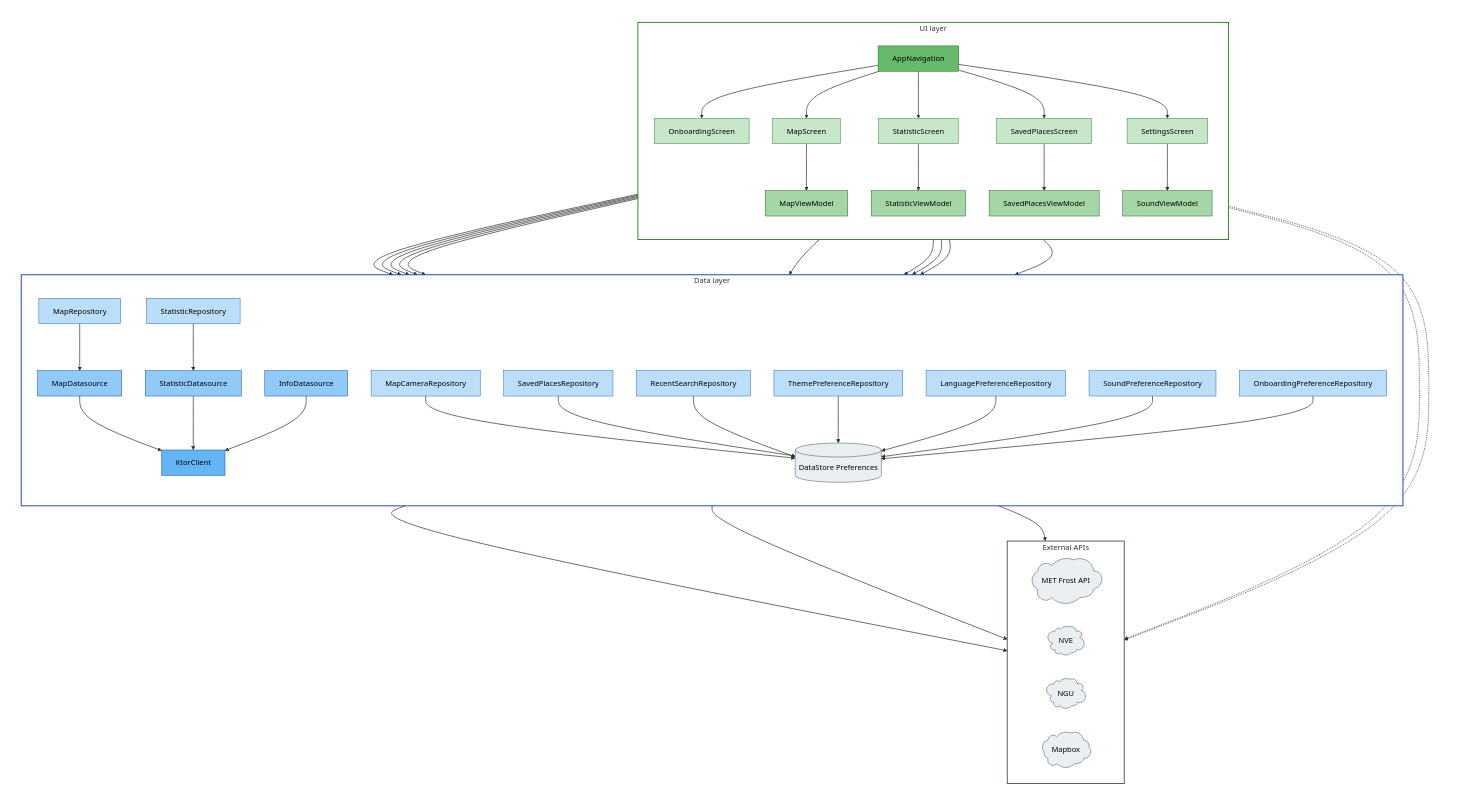
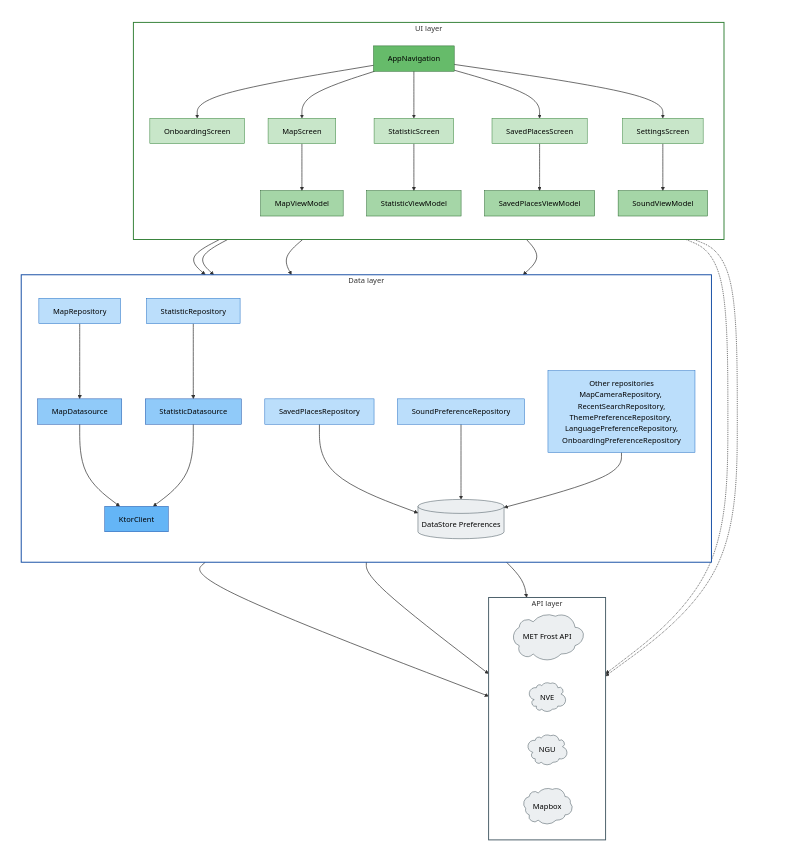
The diagram in ARCHITECTURE.md (Dannevanne/klima-app), drawn with Mermaid before and after one commit. The commit also changed other lines of this file, not shown here.

Commit message:
fix: simplify ARCHITECTURE.md mermaid to 3 swimlanes with primary-edge-only flow

````diff
--- a/ARCHITECTURE.md
+++ b/ARCHITECTURE.md
@@ -107,6 +107,5 @@
 ```mermaid
 flowchart TB
-    %% =========== OUTER WHITE CANVAS ===========
     subgraph CANVAS[" "]
         direction TB
 
@@ -144,40 +143,29 @@
             direction TB
 
             MapRepo["MapRepository"]:::repo
-            CamRepo["MapCameraRepository"]:::repo
             StatRepo["StatisticRepository"]:::repo
-            RecentRepo["RecentSearchRepository"]:::repo
             SavRepo["SavedPlacesRepository"]:::repo
-            ThemeRepo["ThemePreferenceRepository"]:::repo
-            LangRepo["LanguagePreferenceRepository"]:::repo
             SoundRepo["SoundPreferenceRepository"]:::repo
-            OnbRepo["OnboardingPreferenceRepository"]:::repo
+            OtherRepos["Other repositories<br/>MapCameraRepository, RecentSearchRepository,<br/>ThemePreferenceRepository, LanguagePreferenceRepository,<br/>OnboardingPreferenceRepository"]:::repo
 
             MapDS["MapDatasource"]:::ds
             StatDS["StatisticDatasource"]:::ds
-            InfoDS["InfoDatasource"]:::ds
 
             Ktor["KtorClient"]:::net
-
             DS[("DataStore Preferences")]:::store
 
             MapRepo --> MapDS
             StatRepo --> StatDS
             MapDS --> Ktor
             StatDS --> Ktor
-            InfoDS --> Ktor
 
-            CamRepo --> DS
             SavRepo --> DS
-            RecentRepo --> DS
-            ThemeRepo --> DS
-            LangRepo --> DS
             SoundRepo --> DS
-            OnbRepo --> DS
+            OtherRepos --> DS
         end
 
-        %% =========== EXTERNAL APIS (bottom) ===========
-        subgraph EXT["External APIs"]
+        %% =========== API LAYER ===========
+        subgraph API["API layer"]
             direction LR
             Frost@{ shape: cloud, label: "MET Frost API" }
             NVE@{ shape: cloud, label: "NVE" }
@@ -186,39 +174,28 @@
         end
 
         class Frost,NVE,NGU,Mapbox api
+
+        %% Cross-layer edges
+        MapVM --> MapRepo
+        StatVM --> StatRepo
+        SavVM --> SavRepo
+        SoundVM --> SoundRepo
+
+        Ktor --> Frost
+        Ktor --> NVE
+        Ktor --> NGU
+
+        MapScreen -.-> Mapbox
+        StatVM -.-> Mapbox
     end
 
-    %% UI to Data edges
-    MapVM --> MapRepo
-    MapVM --> CamRepo
-    MapVM --> ThemeRepo
-    MapVM --> LangRepo
-    StatVM --> StatRepo
-    StatVM --> RecentRepo
-    SavVM --> SavRepo
-    SavVM --> MapRepo
-    SavVM --> StatRepo
-    SoundVM --> SoundRepo
-
-    %% Data to External APIs edges (bottom)
-    Ktor --> Frost
-    Ktor --> NVE
-    Ktor --> NGU
-    MapScreen -.-> Mapbox
-    StatVM -.-> Mapbox
-
-    %% Darken all arrows
     linkStyle default stroke:#333333,stroke-width:1.5px
 
-    %% Outer canvas: white fill, no visible border
     style CANVAS fill:#ffffff,stroke:#ffffff
-
-    %% Inner layer subgraphs: white fill, colored border per layer
     style UI fill:#ffffff,stroke:#2e7d32,stroke-width:2px
     style DATA fill:#ffffff,stroke:#0d47a1,stroke-width:2px
-    style EXT fill:#ffffff,stroke:#455a64,stroke-width:2px
+    style API fill:#ffffff,stroke:#455a64,stroke-width:2px
 
-    %% Node colors
     classDef navhost fill:#66bb6a,stroke:#1b5e20,color:#000
     classDef screen fill:#c8e6c9,stroke:#2e7d32,color:#000
     classDef vm fill:#a5d6a7,stroke:#1b5e20,color:#000
````
